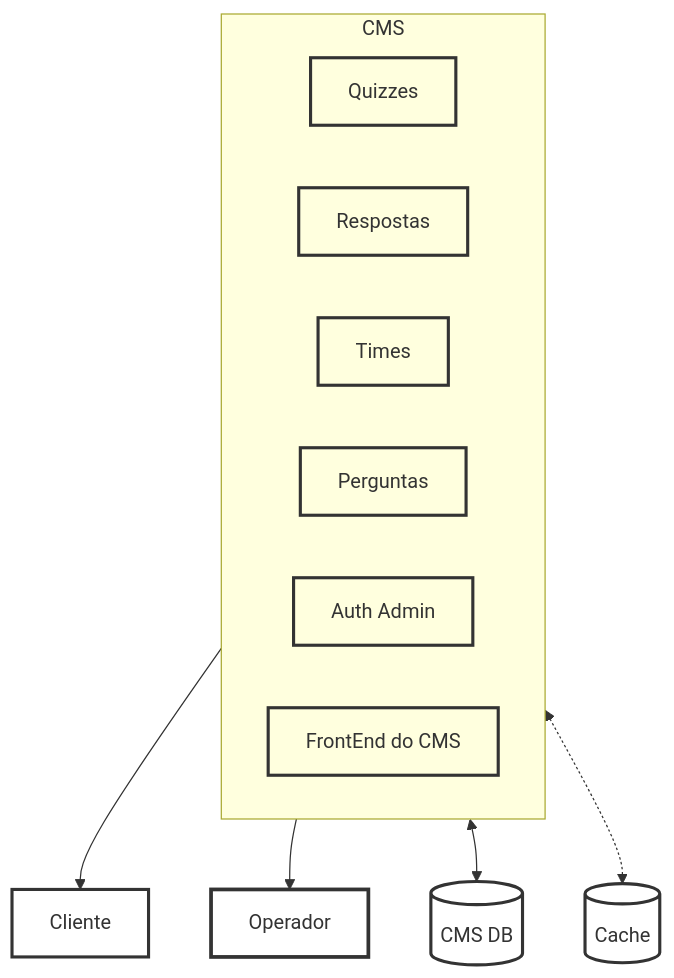
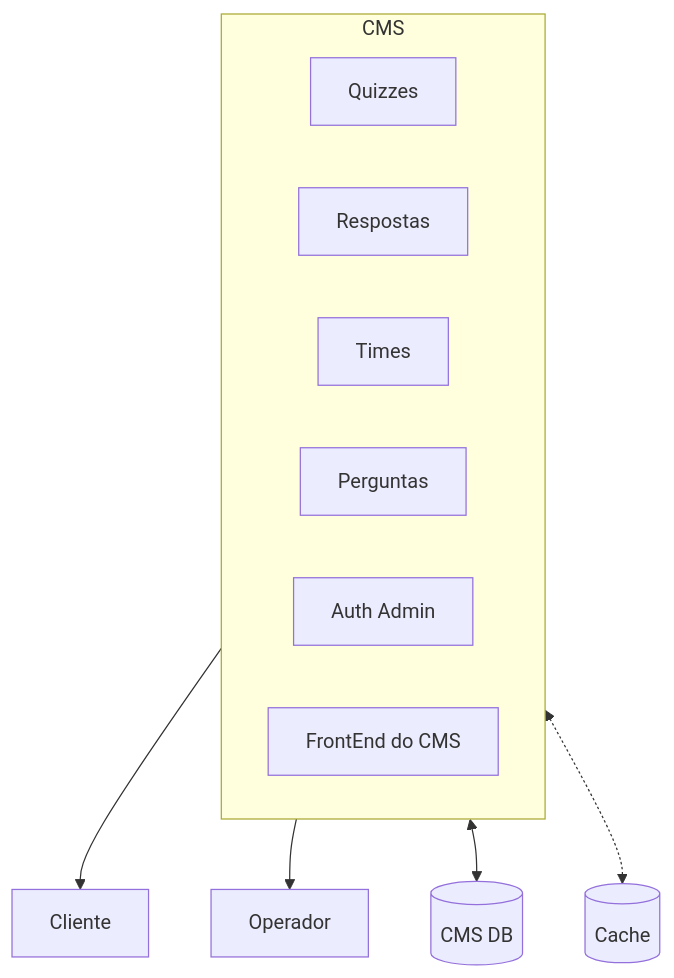
Before and after one commit to FormigTeen/spec-arch: the fourth of 9 diagrams in README.md, drawn with Mermaid. The commit also changed other lines of this file and 1 other file, not shown here.

````diff
--- a/README.md
+++ b/README.md
@@ -201,25 +190,21 @@
 ```mermaid
 flowchart TB
-  classDef comp fill:transparent,stroke:#333,stroke-width:2.5px,color:#333
-  classDef compCore fill:transparent,stroke:#333,stroke-width:3px,color:#333
-  classDef db fill:transparent,stroke:#333,stroke-width:2.5px,color:#333
+  DB_CMS[(CMS DB)]
+  CACHE[(Cache)]
+  CLI[Cliente]
+  OPER[Operador]
 
-  DB_CMS[(CMS DB)]:::db
-  CACHE[(Cache)]:::db
-  CLI["Cliente"]:::comp
-  OPER["Operador"]:::compCore
-
-  subgraph CMS["CMS"]
-    Q["Quizzes"]:::comp
-    R["Respostas"]:::comp
-    T["Times"]:::comp
-    P["Perguntas"]:::comp
-    A["Auth Admin"]:::comp
-    FE["FrontEnd do CMS"]:::comp
+  subgraph CMS[CMS]
+    Q[Quizzes]
+    R[Respostas]
+    T[Times]
+    P[Perguntas]
+    A[Auth Admin]
+    FE[FrontEnd do CMS]
   end
 
   CMS --> CLI
   CMS --> OPER
   CMS <--> DB_CMS
   CMS <-.-> CACHE
 ```
````
